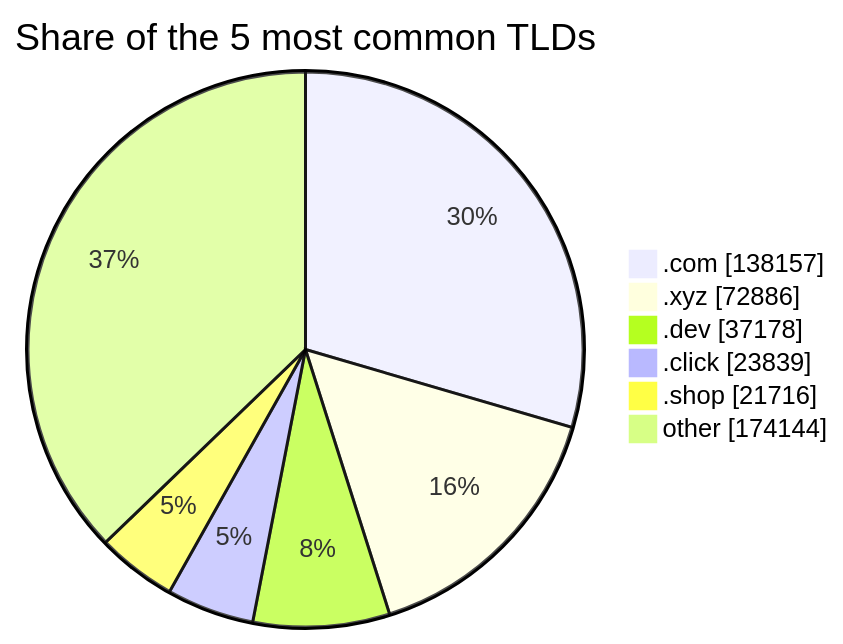
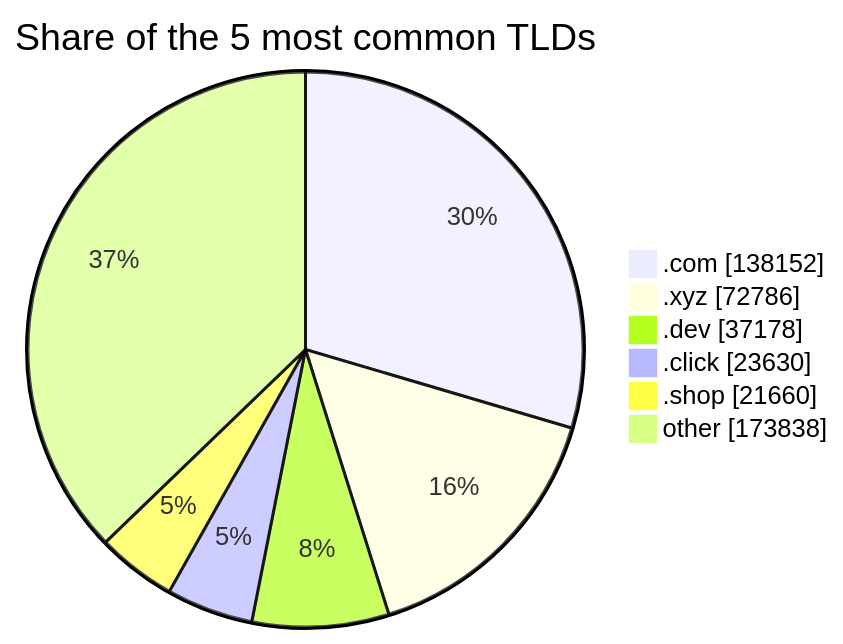
Before and after one commit to DNSBunker/CTI: the third of 3 diagrams in README.md, drawn with Mermaid. The commit also changed other lines of this file and 3 other files, not shown here.

````diff
--- a/README.md
+++ b/README.md
@@ -81,9 +81,9 @@
 ```mermaid
 pie showData title Share of the 5 most common TLDs
-    ".com" : 138157
-    ".xyz" : 72886
+    ".com" : 138152
+    ".xyz" : 72786
     ".dev" : 37178
-    ".click" : 23839
-    ".shop" : 21716
-    "other" : 174144
+    ".click" : 23630
+    ".shop" : 21660
+    "other" : 173838
 ```
````
